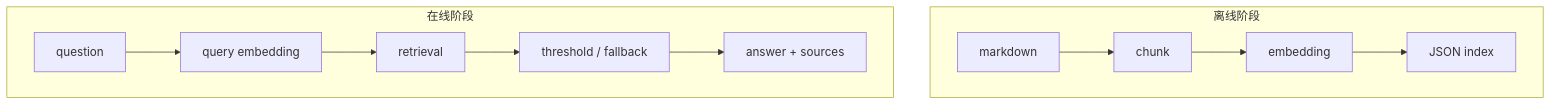
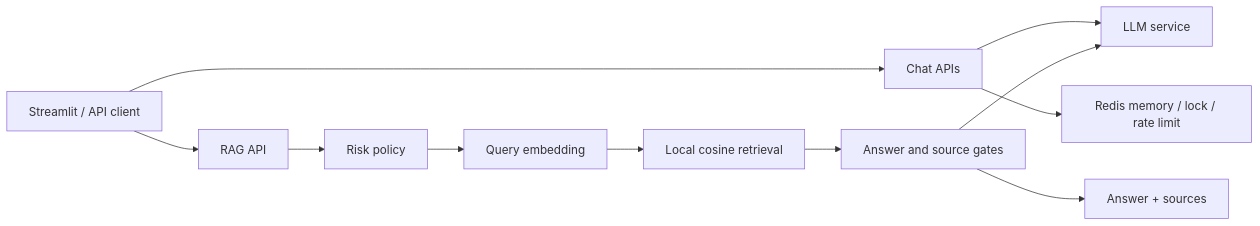
The diagram in README.md (Memphisright/dog-care-assistant), drawn with Mermaid before and after one commit. The commit also changed other lines of this file and 8 other files, not shown here.

Commit message:
feat: add RAG evaluation and safety policy validation

````diff
--- a/README.md
+++ b/README.md
@@ -80,15 +31,13 @@
 ```mermaid
-flowchart TD
-  subgraph Offline["离线阶段"]
-    M["markdown"] --> C["chunk"]
-    C --> E["embedding"]
-    E --> J["JSON index"]
-  end
-
-  subgraph Online["在线阶段"]
-    Q["question"] --> QE["query embedding"]
-    QE --> RT["retrieval"]
-    RT --> TF["threshold / fallback"]
-    TF --> A["answer + sources"]
-  end
+flowchart LR
+  UI["Streamlit / API client"] --> CHAT["Chat APIs"]
+  UI --> RAGAPI["RAG API"]
+  CHAT --> LLM["LLM service"]
+  CHAT --> REDIS["Redis memory / lock / rate limit"]
+  RAGAPI --> POLICY["Risk policy"]
+  POLICY --> EMB["Query embedding"]
+  EMB --> RET["Local cosine retrieval"]
+  RET --> GATE["Answer and source gates"]
+  GATE --> LLM
+  GATE --> RESP["Answer + sources"]
 ```
````
